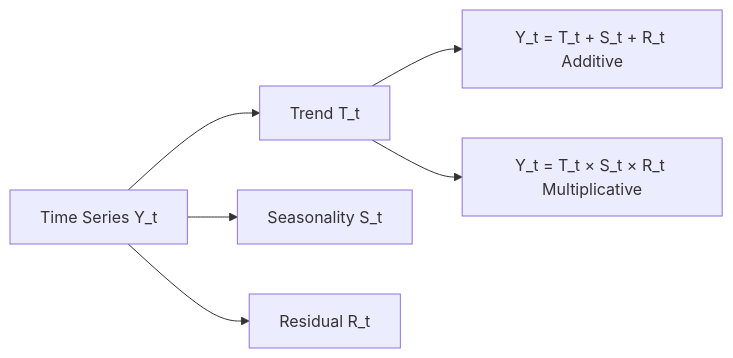
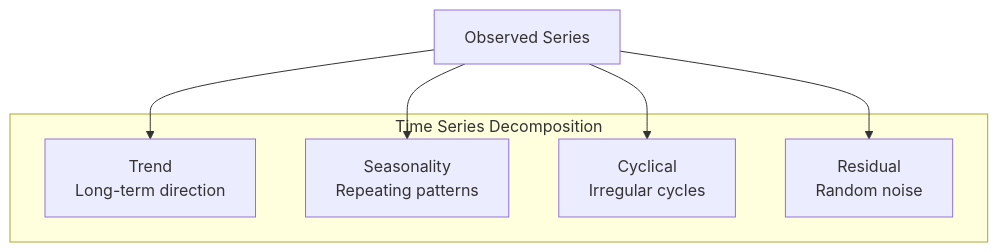
The first of 3 diagrams in src/ml/time-series/README.md (vanos001/placement_prep), drawn with Mermaid before and after one commit. The commit also changed other lines of this file and 14 other files, not shown here.

````diff
--- a/src/ml/time-series/README.md
+++ b/src/ml/time-series/README.md
@@ -28,8 +9,14 @@
 ```mermaid
-graph LR
-    A[Time Series Y_t] --> B[Trend T_t]
-    A --> C[Seasonality S_t]
-    A --> D[Residual R_t]
-    B --> E[Y_t = T_t + S_t + R_t Additive]
-    B --> F[Y_t = T_t × S_t × R_t Multiplicative]
+graph TB
+    subgraph "Time Series Decomposition"
+        T[Trend<br/>Long-term direction]
+        S[Seasonality<br/>Repeating patterns]
+        C[Cyclical<br/>Irregular cycles]
+        R[Residual<br/>Random noise]
+    end
+    
+    O[Observed Series] --> T
+    O --> S
+    O --> C
+    O --> R
 ```
````
